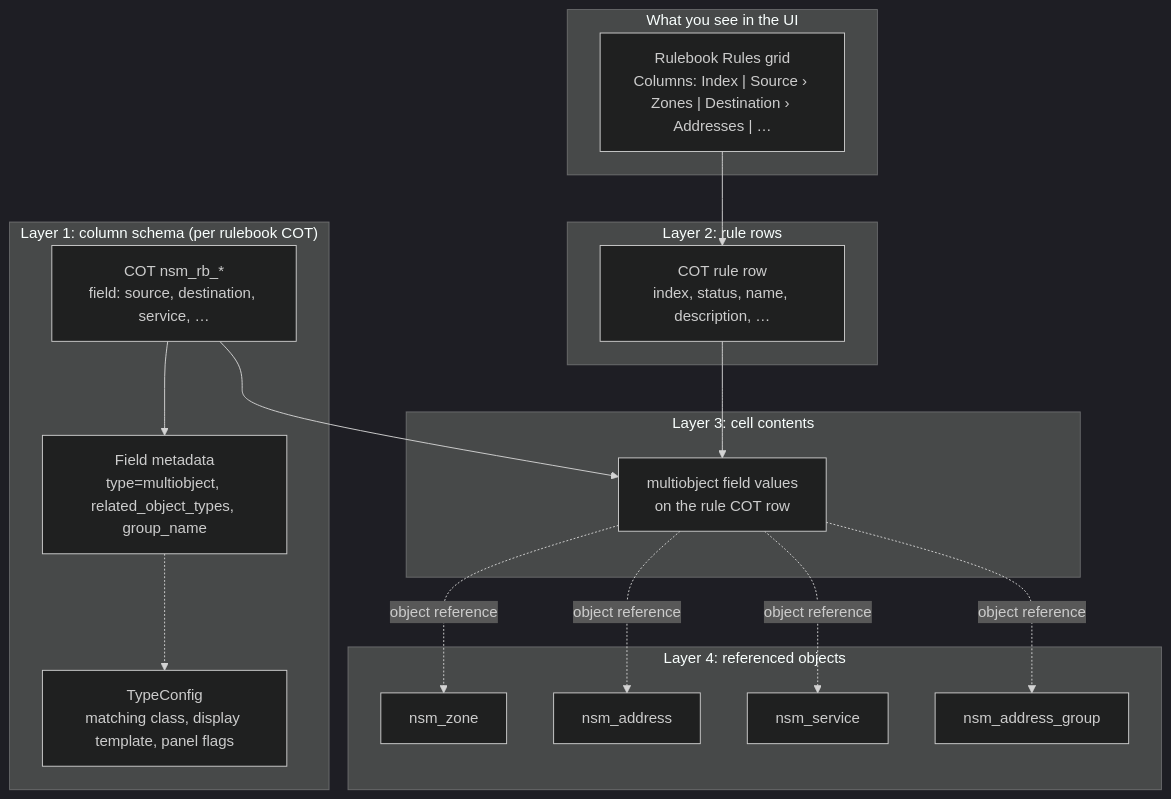
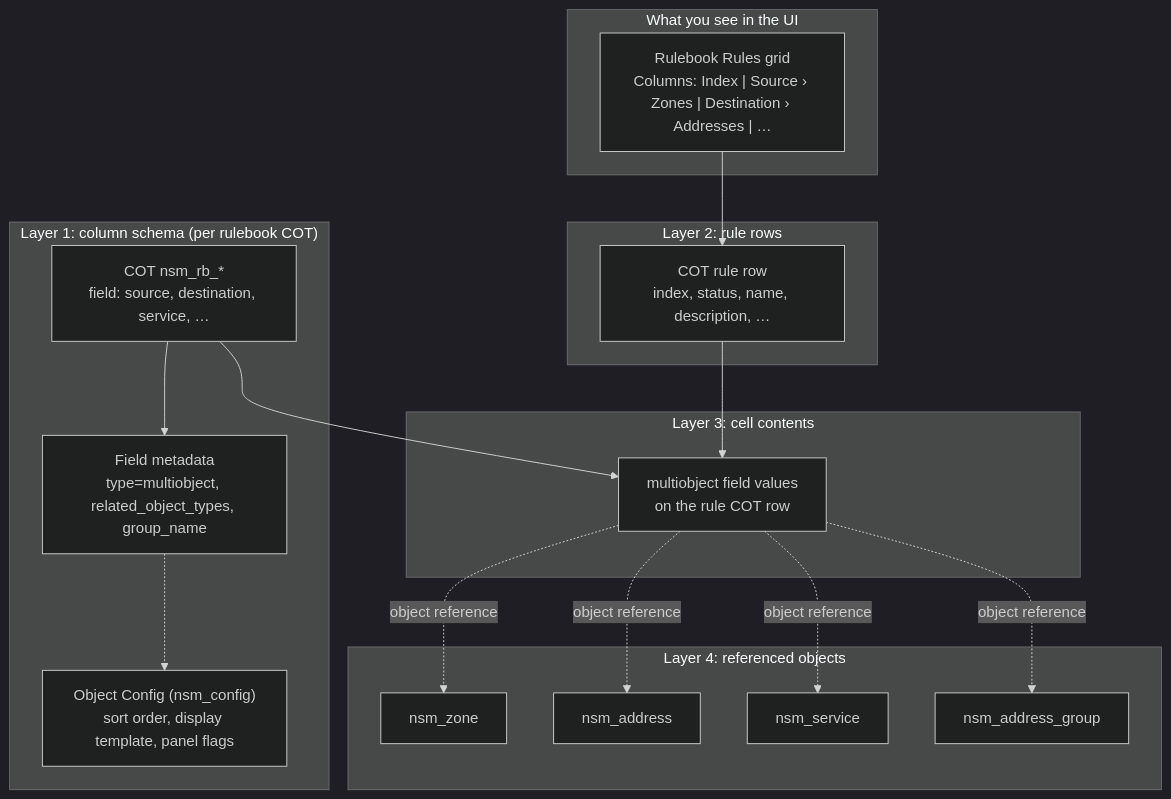
Before and after one commit to christianbur/netbox-nsm: the first of 5 diagrams in docs/RULE_DATA_STORAGE.md, drawn with Mermaid (dark theme). The commit also changed other lines of this file and 84 other files, not shown here.

First line of the commit message:
Release v0.4.5: COT permissions, Object Config merge fixes, cleanup

````diff
--- a/docs/RULE_DATA_STORAGE.md
+++ b/docs/RULE_DATA_STORAGE.md
@@ -23,37 +24,37 @@
 ```mermaid
 flowchart TB
     subgraph UI["What you see in the UI"]
         RB["Rulebook Rules grid<br/>Columns: Index | Source › Zones | Destination › Addresses | …"]
     end
 
     subgraph Schema["Layer 1: column schema (per rulebook COT)"]
         COT["COT nsm_rb_*<br/>field: source, destination, service, …"]
         FLD["Field metadata<br/>type=multiobject, related_object_types, group_name"]
-        TC["TypeConfig<br/>matching class, display template, panel flags"]
+        TC["Object Config (nsm_config)<br/>sort order, display template, panel flags"]
     end
 
     subgraph Rules["Layer 2: rule rows"]
         R["COT rule row<br/>index, status, name, description, …"]
     end
 
     subgraph Cells["Layer 3: cell contents"]
         MO["multiobject field values<br/>on the rule COT row"]
     end
 
     subgraph External["Layer 4: referenced objects"]
         Z["nsm_zone"]
         A["nsm_address"]
         S["nsm_service"]
         G["nsm_address_group"]
     end
 
     RB --> R
     COT --> FLD
     FLD -.-> TC
     R --> MO
     COT --> MO
     MO -.->|object reference| Z
     MO -.->|object reference| A
     MO -.->|object reference| S
     MO -.->|object reference| G
 ```
````
